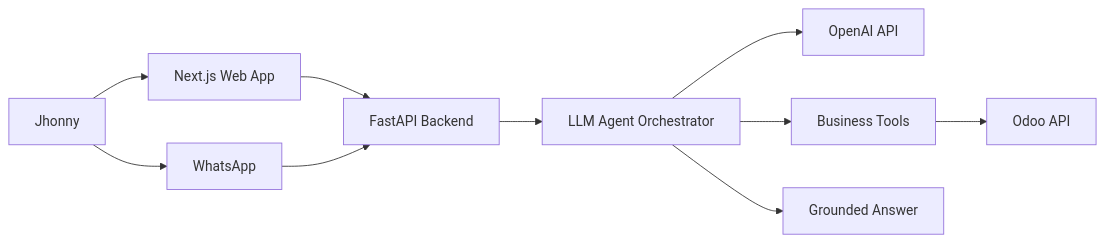
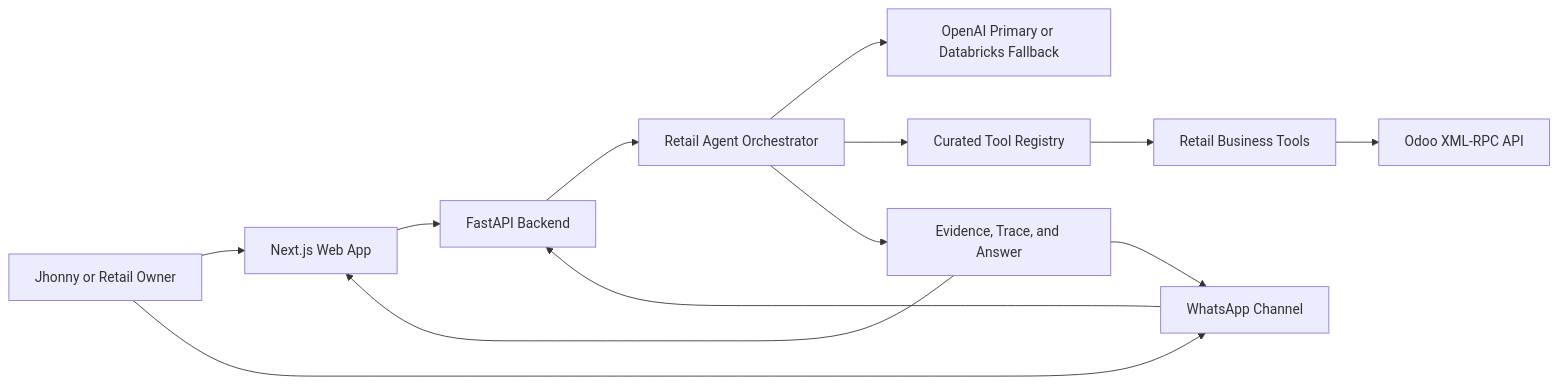
One commit to rodrigovidsilva/jhonny_ai changed the first of 2 diagrams in docs/jhonny-retail-agent-poc-plan.md. Above: the diagram before and after it, drawn with Mermaid. The commit also changed other lines of this file and 17 other files, not shown here.

Commit message:
Update retail agent docs and deployment assets

````diff
--- a/docs/jhonny-retail-agent-poc-plan.md
+++ b/docs/jhonny-retail-agent-poc-plan.md
@@ -54,12 +69,15 @@
 ```mermaid
 flowchart LR
-  Jhonny[Jhonny] --> App[Next.js Web App]
-  Jhonny --> WhatsApp[WhatsApp]
-  App --> Backend[FastAPI Backend]
-  WhatsApp --> Backend
-  Backend --> Agent[LLM Agent Orchestrator]
-  Agent --> OpenAI[OpenAI API]
-  Agent --> Tools[Business Tools]
-  Tools --> Odoo[Odoo API]
-  Agent --> Answer[Grounded Answer]
+  Owner["Jhonny or Retail Owner"] --> WebApp["Next.js Web App"]
+  Owner --> WhatsApp["WhatsApp Channel"]
+  WebApp --> FastAPI["FastAPI Backend"]
+  WhatsApp --> FastAPI
+  FastAPI --> Agent["Retail Agent Orchestrator"]
+  Agent --> LLM["OpenAI Primary or Databricks Fallback"]
+  Agent --> Registry["Curated Tool Registry"]
+  Registry --> BusinessTools["Retail Business Tools"]
+  BusinessTools --> Odoo["Odoo XML-RPC API"]
+  Agent --> Evidence["Evidence, Trace, and Answer"]
+  Evidence --> WebApp
+  Evidence --> WhatsApp
 ```
````
